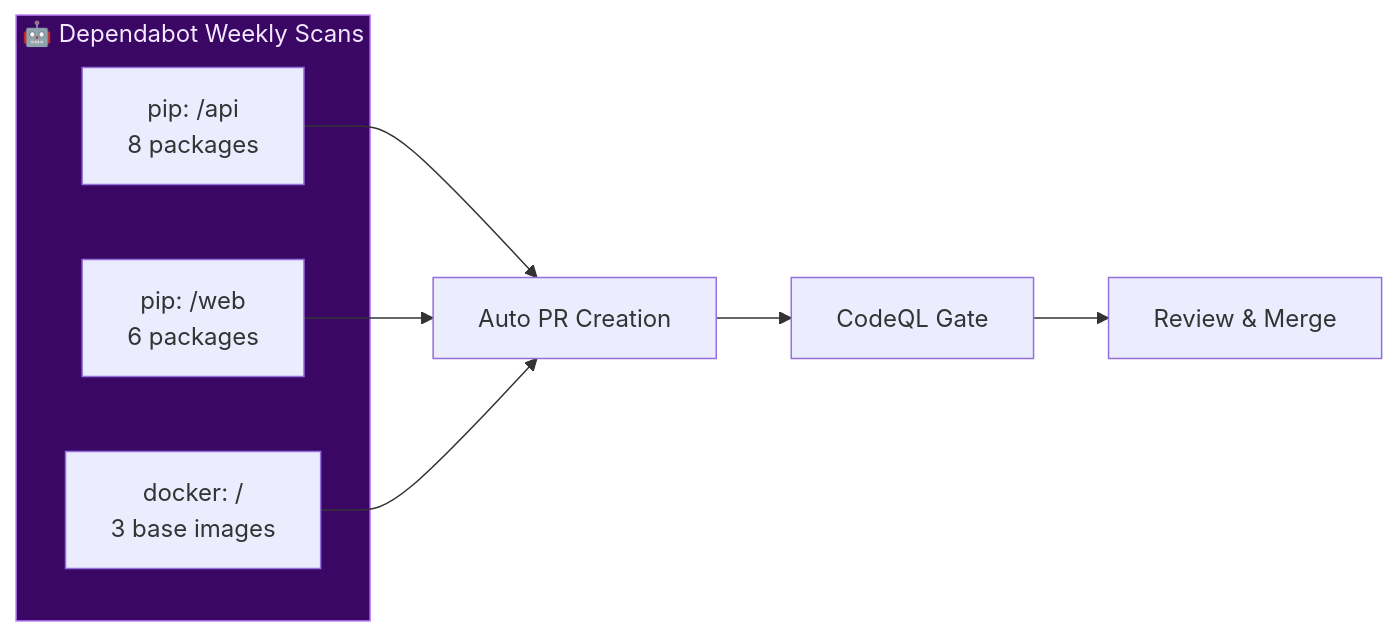
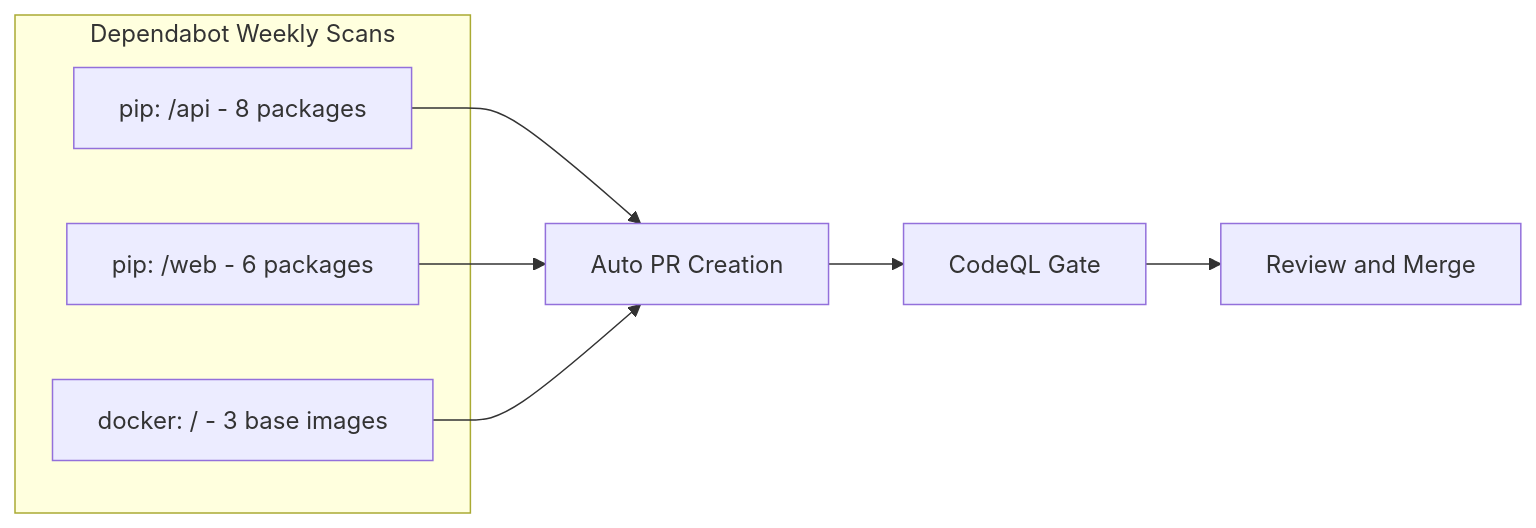
Before and after one commit to tedaks/project: the eighth of 8 diagrams in README.md, drawn with Mermaid. The commit also changed other lines of this file, not shown here.

Commit message:
docs: update Mermaid diagrams for clarity and refine various textual descriptions.

````diff
--- a/README.md
+++ b/README.md
@@ -635,16 +604,14 @@
 ```mermaid
 graph LR
-    subgraph Dependabot["🤖 Dependabot Weekly Scans"]
-        PipAPI["pip: /api<br/>8 packages"]
-        PipWeb["pip: /web<br/>6 packages"]
-        Docker["docker: /<br/>3 base images"]
+    subgraph DepbotGroup["Dependabot Weekly Scans"]
+        ApiPip["pip: /api - 8 packages"]
+        WebPip["pip: /web - 6 packages"]
+        DockerDep["docker: / - 3 base images"]
     end
 
-    PipAPI --> AutoPR["Auto PR Creation"]
-    PipWeb --> AutoPR
-    Docker --> AutoPR
-    AutoPR --> CodeQL["CodeQL Gate"]
-    CodeQL --> Merge["Review & Merge"]
-
-    style Dependabot fill:#3b0764,stroke:#c084fc,color:#f3e8ff
+    ApiPip --> AutoPrNode["Auto PR Creation"]
+    WebPip --> AutoPrNode
+    DockerDep --> AutoPrNode
+    AutoPrNode --> CodeQlGate["CodeQL Gate"]
+    CodeQlGate --> MergeNode["Review and Merge"]
 ```
````
